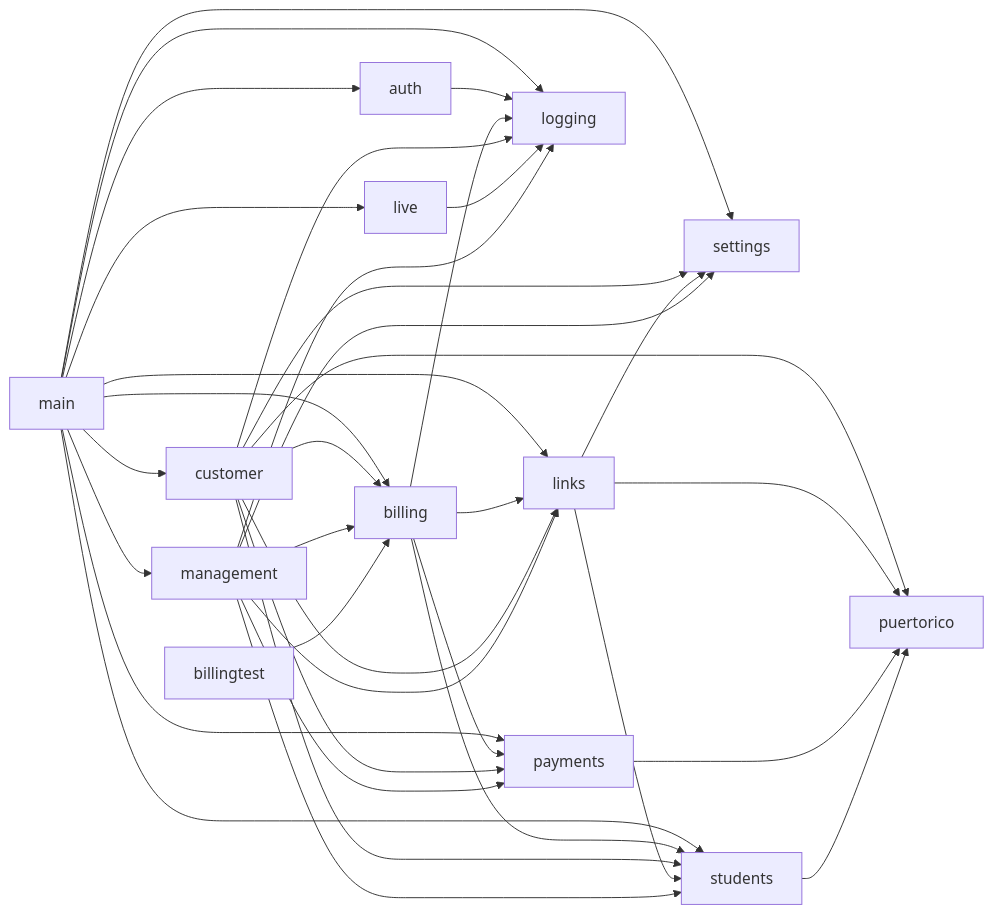
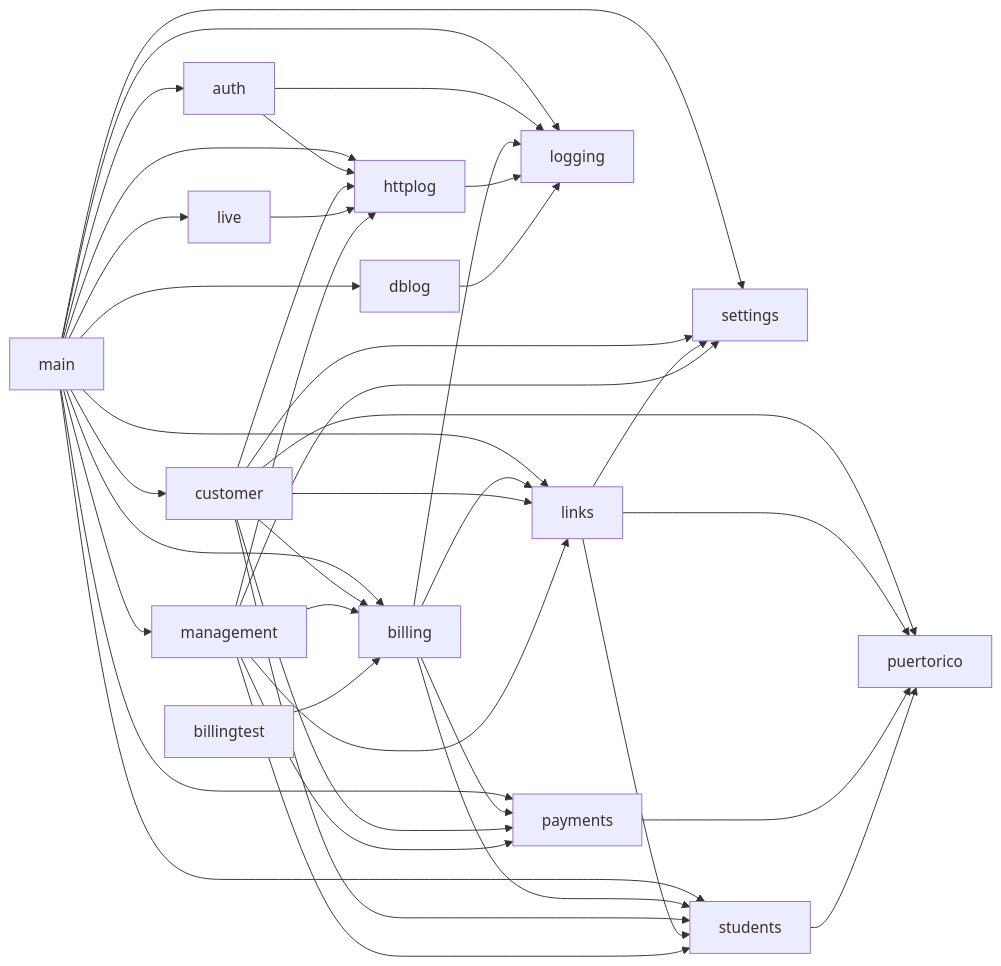
One commit to devGabriel131/ProjectHermes changed the second of 3 diagrams in docs/architecture.md. Above: the diagram before and after it, drawn with Mermaid. The commit also changed other lines of this file and 34 other files, not shown here.

````diff
--- a/docs/architecture.md
+++ b/docs/architecture.md
@@ -52,38 +52,43 @@
 ```mermaid
 flowchart LR
   main --> auth
   main --> billing
   main --> customer
   main --> links
   main --> live
   main --> logging
+  main --> dblog
+  main --> httplog
   main --> management
   main --> payments
   main --> settings
   main --> students
   auth --> logging
+  auth --> httplog
   billing --> links
   billing --> logging
   billing --> payments
   billing --> students
   customer --> billing
   customer --> links
-  customer --> logging
+  customer --> httplog
   customer --> payments
   customer --> puertorico
   customer --> settings
   customer --> students
   links --> puertorico
   links --> settings
   links --> students
-  live --> logging
+  live --> httplog
   management --> billing
   management --> links
-  management --> logging
+  management --> httplog
   management --> payments
   management --> settings
   management --> students
+  httplog --> logging
+  dblog --> logging
   payments --> puertorico
   students --> puertorico
   billingtest --> billing
 ```
````
